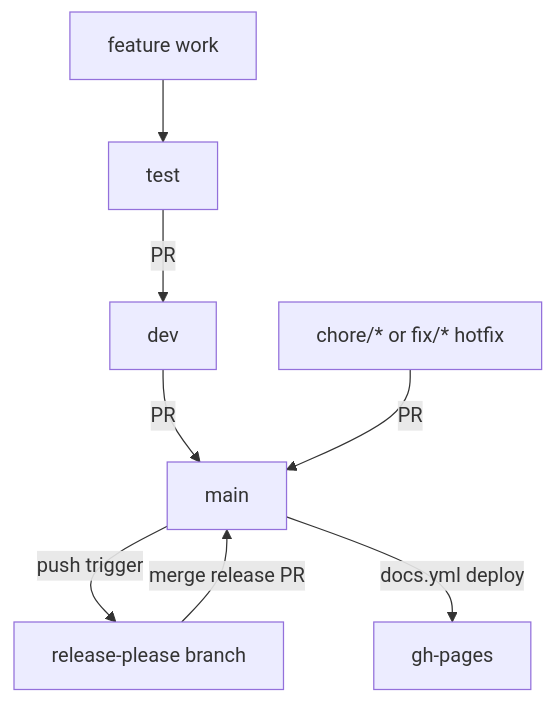
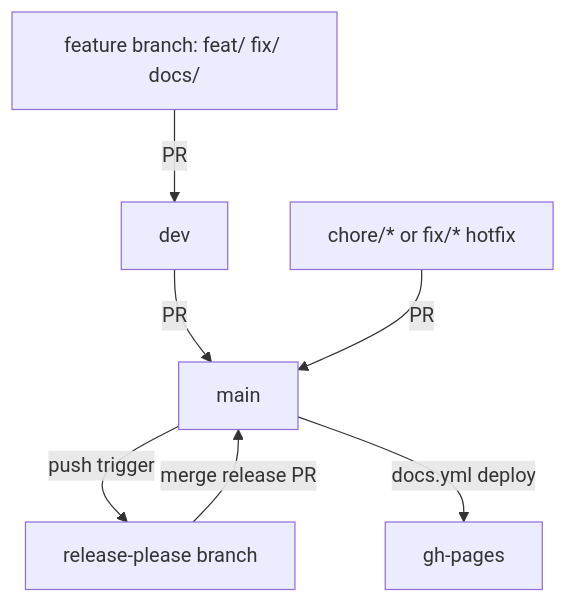
Before and after one commit to VforVitorio/F1_Strat_Manager: the first of 2 diagrams in docs/pages/ci-cd.md, drawn with Mermaid. The commit also changed other lines of this file and 21 other files, not shown here.

````diff
--- a/docs/pages/ci-cd.md
+++ b/docs/pages/ci-cd.md
@@ -11,10 +11,9 @@
 ```mermaid
 graph TD
-    A[feature work] --> T[test]
-    T -->|PR| D[dev]
+    A[feature branch: feat/ fix/ docs/] -->|PR| D[dev]
     D -->|PR| M[main]
     H[chore/* or fix/* hotfix] -->|PR| M
     M -->|push trigger| RP[release-please branch]
     RP -->|merge release PR| M
     M -->|docs.yml deploy| GP[gh-pages]
 ```
````
